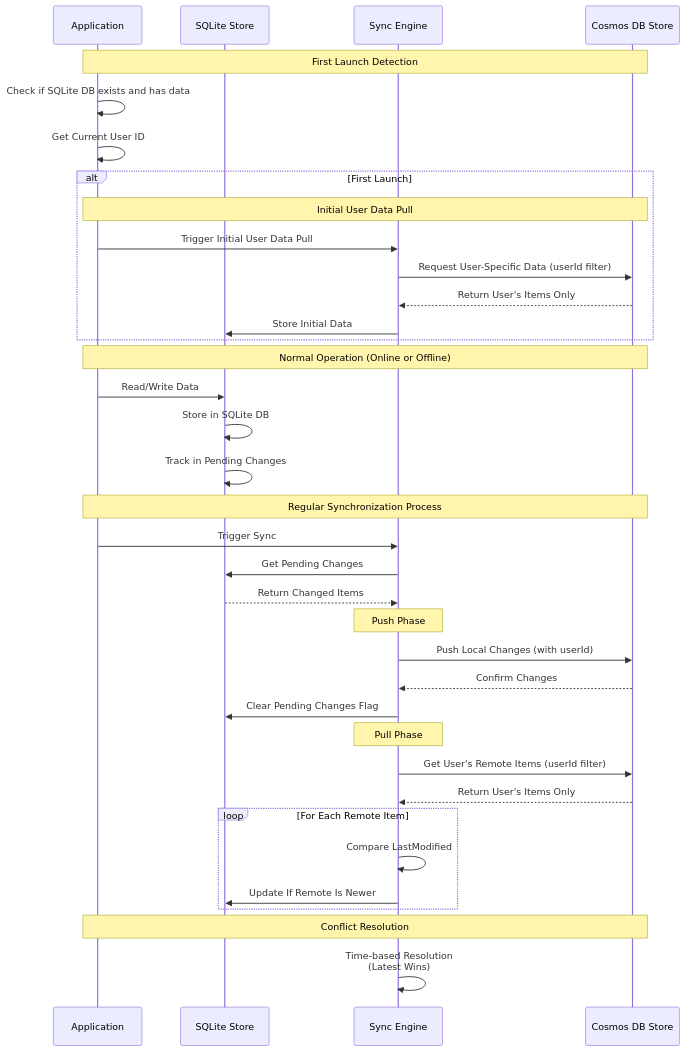
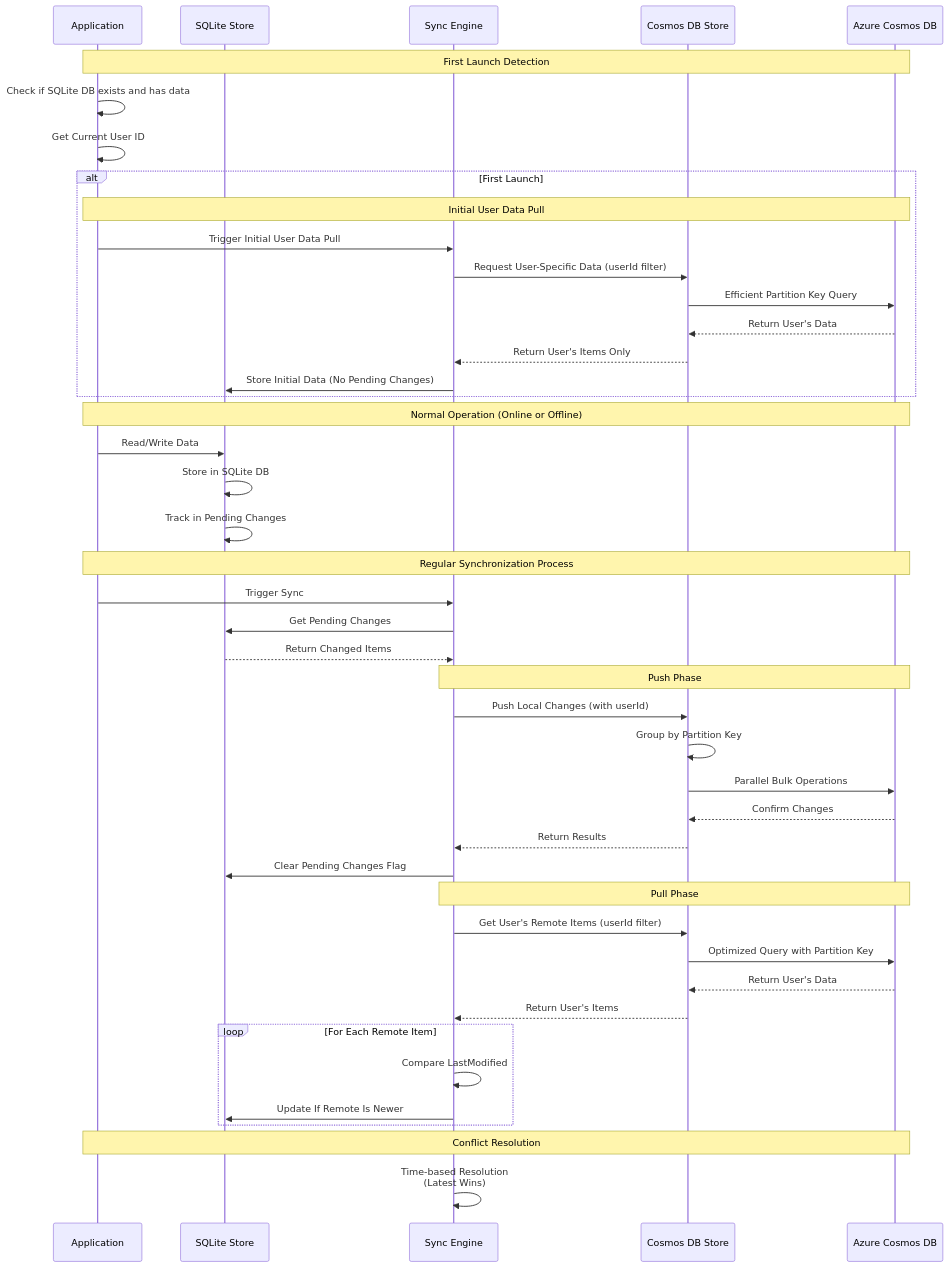
Before and after one commit to madhugilla/customsync: the second of 2 diagrams in README.md, drawn with Mermaid. The commit also changed other lines of this file, not shown here.

Commit message:
docs: Update README to reflect enhancements in CosmosDbStore, including optimized bulk operations, serialization, and error handling

````diff
--- a/README.md
+++ b/README.md
@@ -88,46 +98,54 @@
 ```mermaid
 sequenceDiagram
     participant App as Application
     participant Local as SQLite Store
     participant Sync as Sync Engine
     participant Remote as Cosmos DB Store
+    participant Cosmos as Azure Cosmos DB
     
-    Note over App,Remote: First Launch Detection
+    Note over App,Cosmos: First Launch Detection
     App->>App: Check if SQLite DB exists and has data
     App->>App: Get Current User ID
     
     alt First Launch
-        Note over App,Remote: Initial User Data Pull
+        Note over App,Cosmos: Initial User Data Pull
         App->>Sync: Trigger Initial User Data Pull
         Sync->>Remote: Request User-Specific Data (userId filter)
+        Remote->>Cosmos: Efficient Partition Key Query
+        Cosmos-->>Remote: Return User's Data
         Remote-->>Sync: Return User's Items Only
-        Sync->>Local: Store Initial Data
+        Sync->>Local: Store Initial Data (No Pending Changes)
     end
     
-    Note over App,Remote: Normal Operation (Online or Offline)
+    Note over App,Cosmos: Normal Operation (Online or Offline)
     App->>Local: Read/Write Data
     Local->>Local: Store in SQLite DB
     Local->>Local: Track in Pending Changes
     
-    Note over App,Remote: Regular Synchronization Process
+    Note over App,Cosmos: Regular Synchronization Process
     App->>Sync: Trigger Sync
     Sync->>Local: Get Pending Changes
     Local-->>Sync: Return Changed Items
     
-    Note over Sync: Push Phase
+    Note over Sync,Cosmos: Push Phase
     Sync->>Remote: Push Local Changes (with userId)
-    Remote-->>Sync: Confirm Changes
+    Remote->>Remote: Group by Partition Key
+    Remote->>Cosmos: Parallel Bulk Operations
+    Cosmos-->>Remote: Confirm Changes
+    Remote-->>Sync: Return Results
     Sync->>Local: Clear Pending Changes Flag
     
-    Note over Sync: Pull Phase
+    Note over Sync,Cosmos: Pull Phase
     Sync->>Remote: Get User's Remote Items (userId filter)
-    Remote-->>Sync: Return User's Items Only
+    Remote->>Cosmos: Optimized Query with Partition Key
+    Cosmos-->>Remote: Return User's Data
+    Remote-->>Sync: Return User's Items
     
     loop For Each Remote Item
         Sync->>Sync: Compare LastModified
         Sync->>Local: Update If Remote Is Newer
     end
     
-    Note over App,Remote: Conflict Resolution
+    Note over App,Cosmos: Conflict Resolution
     Sync->>Sync: Time-based Resolution<br/>(Latest Wins)
 ```
````
